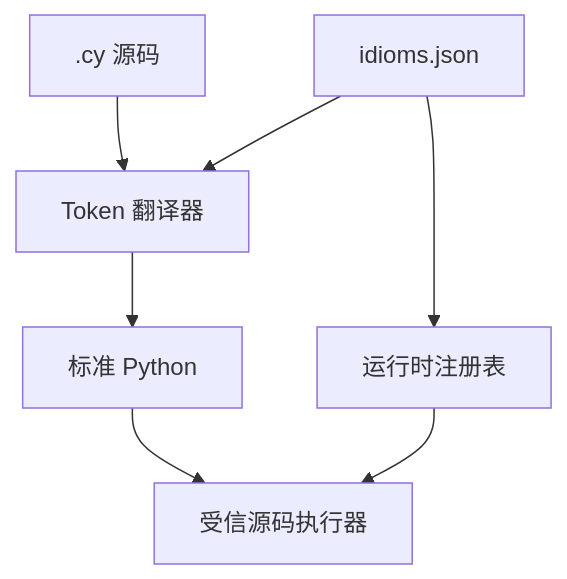
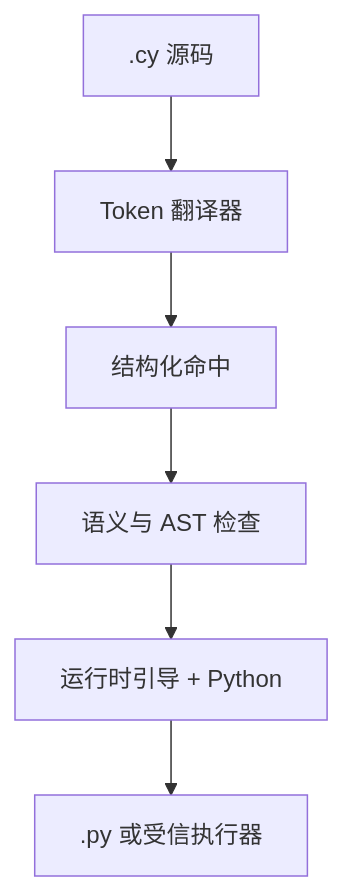
Before and after one commit to Georgehaoren/ChengyuLang: the diagram in docs/DESIGN.md, drawn with Mermaid. The commit also changed other lines of this file and 13 other files, not shown here.

````diff
--- a/docs/DESIGN.md
+++ b/docs/DESIGN.md
@@ -8,9 +8,8 @@
 ```mermaid
 flowchart TD
     A[".cy 源码"] --> B["Token 翻译器"]
-    C["idioms.json"] --> B
-    C --> D["运行时注册表"]
-    B --> E["标准 Python"]
-    D --> F["受信源码执行器"]
-    E --> F
+    B --> C["结构化命中"]
+    C --> D["语义与 AST 检查"]
+    D --> E["运行时引导 + Python"]
+    E --> F[".py 或受信执行器"]
 ```
````
